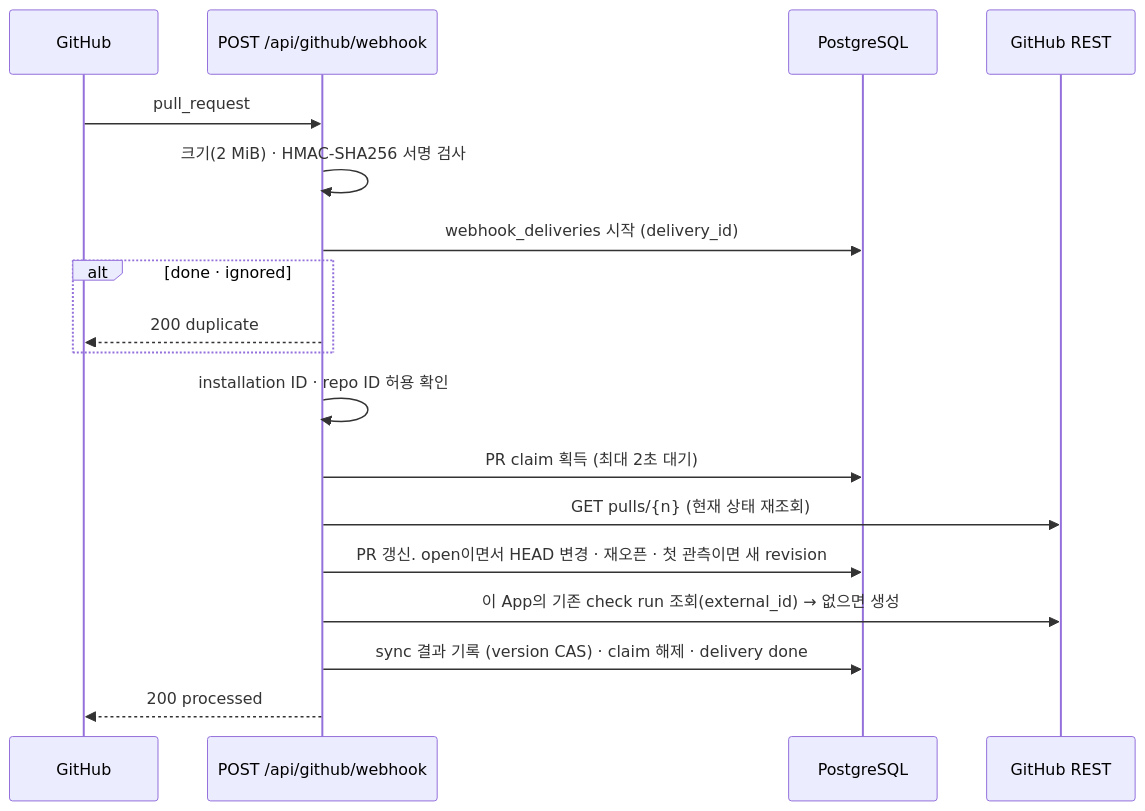
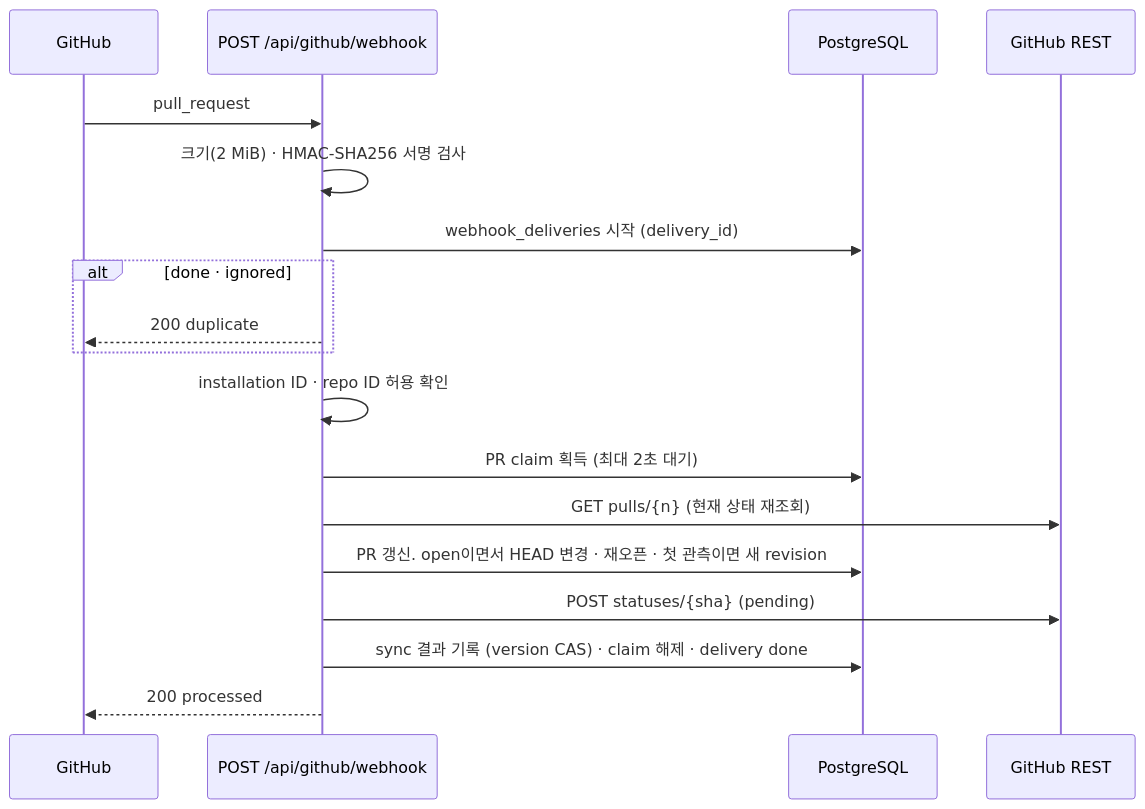
One commit to berrypjh/review-platform changed the first of 2 diagrams in docs/manual-approval/architecture.md. Above: the diagram before and after it, drawn with Mermaid. The commit also changed other lines of this file and 3 other files, not shown here.

````diff
--- a/docs/manual-approval/architecture.md
+++ b/docs/manual-approval/architecture.md
@@ -61,21 +62,21 @@
 ```mermaid
 sequenceDiagram
     participant GH as GitHub
     participant WH as POST /api/github/webhook
     participant DB as PostgreSQL
     participant API as GitHub REST
 
     GH->>WH: pull_request
     WH->>WH: 크기(2 MiB) · HMAC-SHA256 서명 검사
     WH->>DB: webhook_deliveries 시작 (delivery_id)
     alt done · ignored
         WH-->>GH: 200 duplicate
     end
     WH->>WH: installation ID · repo ID 허용 확인
     WH->>DB: PR claim 획득 (최대 2초 대기)
     WH->>API: GET pulls/{n} (현재 상태 재조회)
     WH->>DB: PR 갱신. open이면서 HEAD 변경 · 재오픈 · 첫 관측이면 새 revision
-    WH->>API: 이 App의 기존 check run 조회(external_id) → 없으면 생성
+    WH->>API: POST statuses/{sha} (pending)
     WH->>DB: sync 결과 기록 (version CAS) · claim 해제 · delivery done
     WH-->>GH: 200 processed
 ```
````
